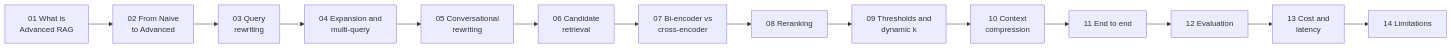
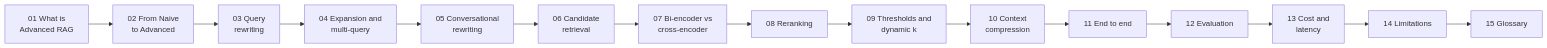
One commit to ajay-nikumbh/RAG-From-Basics-to-Production changed the diagram in 02. Advanced RAG/01. Notes/01. Basic Concepts/README.md. Above: the diagram before and after it, drawn with Mermaid. The commit also changed other lines of this file and 4 other files, not shown here.

````diff
--- a/02. Advanced RAG/01. Notes/01. Basic Concepts/README.md
+++ b/02. Advanced RAG/01. Notes/01. Basic Concepts/README.md
@@ -7,16 +7,17 @@
 ```mermaid
 flowchart LR
     N1[01 What is<br/>Advanced RAG] --> N2[02 From Naive<br/>to Advanced]
     N2 --> N3[03 Query<br/>rewriting]
     N3 --> N4[04 Expansion and<br/>multi-query]
     N4 --> N5[05 Conversational<br/>rewriting]
     N5 --> N6[06 Candidate<br/>retrieval]
     N6 --> N7[07 Bi-encoder vs<br/>cross-encoder]
     N7 --> N8[08 Reranking]
     N8 --> N9[09 Thresholds and<br/>dynamic k]
     N9 --> N10[10 Context<br/>compression]
     N10 --> N11[11 End to end]
     N11 --> N12[12 Evaluation]
     N12 --> N13[13 Cost and<br/>latency]
     N13 --> N14[14 Limitations]
+    N14 --> N15[15 Glossary]
 ```
````
